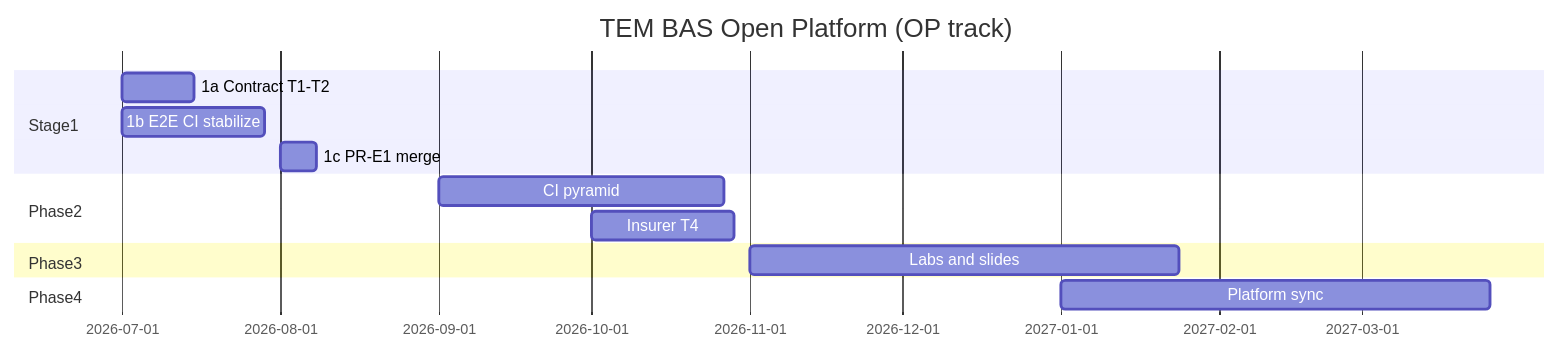
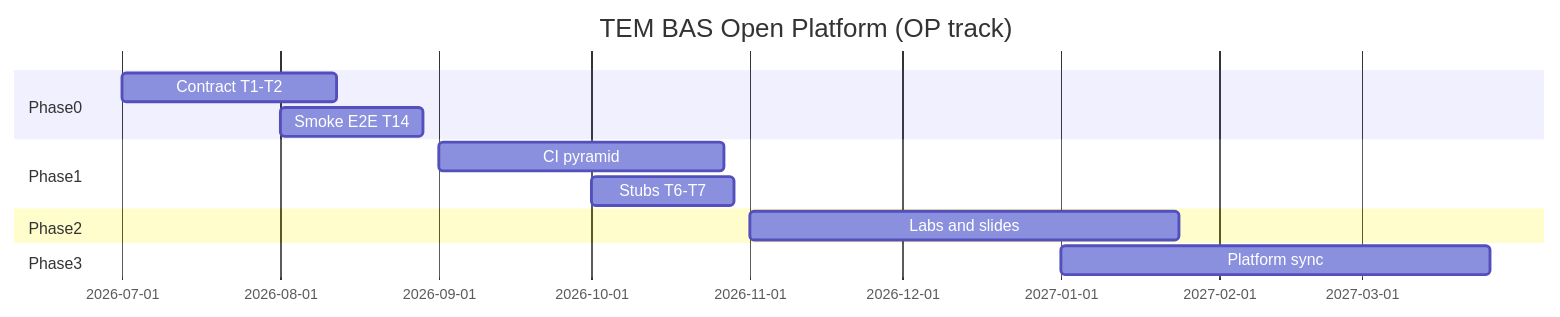
One commit to sergeysobolev-spbu/sbd-drones-economics changed the second of 2 diagrams in docs/ai_dev_tasks.md. Above: the diagram before and after it, drawn with Mermaid. The commit also changed other lines of this file and 38 other files, not shown here.

````diff
--- a/docs/ai_dev_tasks.md
+++ b/docs/ai_dev_tasks.md
@@ -506,16 +398,15 @@
 ```mermaid
 gantt
   title TEM BAS Open Platform (OP track)
   dateFormat YYYY-MM
-  section Stage1
-  1a Contract T1-T2   :2026-07, 2w
-  1b E2E CI stabilize  :2026-07, 4w
-  1c PR-E1 merge       :2026-08, 1w
+  section Phase0
+  Contract T1-T2     :2026-07, 6w
+  Smoke E2E T14      :2026-08, 4w
+  section Phase1
+  CI pyramid         :2026-09, 8w
+  Stubs T6-T7        :2026-10, 4w
   section Phase2
-  CI pyramid           :2026-09, 8w
-  Insurer T4           :2026-10, 4w
+  Labs and slides    :2026-11, 12w
   section Phase3
-  Labs and slides      :2026-11, 12w
-  section Phase4
-  Platform sync        :2027-01, 12w
+  Platform sync      :2027-01, 12w
 ```
````
